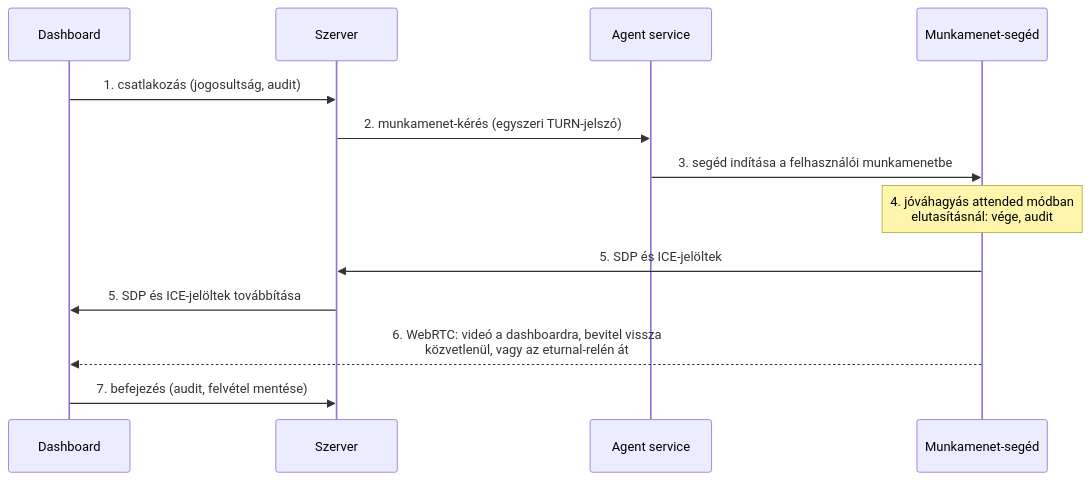
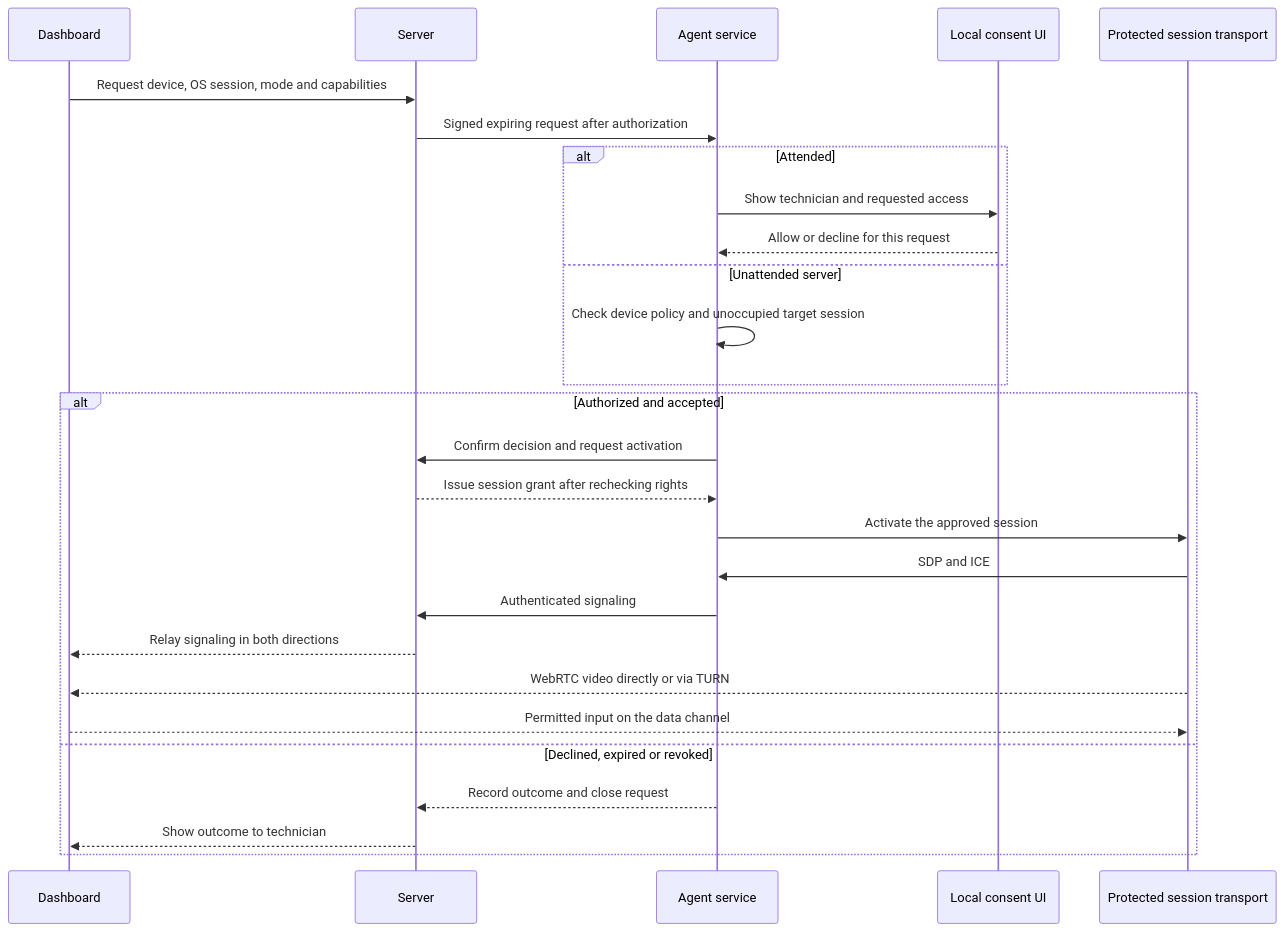
One commit to Shran21/Midas changed the second of 3 diagrams in docs/rendszerterv.md. Above: the diagram before and after it, drawn with Mermaid. The commit also changed other lines of this file and 37 other files, not shown here.

````diff
--- a/docs/rendszerterv.md
+++ b/docs/rendszerterv.md
@@ -272,15 +261,29 @@
 ```mermaid
 sequenceDiagram
   participant D as Dashboard
-  participant S as Szerver
+  participant S as Server
   participant A as Agent service
-  participant H as Munkamenet-segéd
-  D->>S: 1. csatlakozás (jogosultság, audit)
-  S->>A: 2. munkamenet-kérés (egyszeri TURN-jelszó)
-  A->>H: 3. segéd indítása a felhasználói munkamenetbe
-  Note over H: 4. jóváhagyás attended módban<br/>elutasításnál: vége, audit
-  H->>S: 5. SDP és ICE-jelöltek
-  S->>D: 5. SDP és ICE-jelöltek továbbítása
-  H-->>D: 6. WebRTC: videó a dashboardra, bevitel vissza<br/>közvetlenül, vagy az eturnal-relén át
-  D->>S: 7. befejezés (audit, felvétel mentése)
+  participant U as Local consent UI
+  participant H as Protected session transport
+  D->>S: Request device, OS session, mode and capabilities
+  S->>A: Signed expiring request after authorization
+  alt Attended
+    A->>U: Show technician and requested access
+    U-->>A: Allow or decline for this request
+  else Unattended server
+    A->>A: Check device policy and unoccupied target session
+  end
+  alt Authorized and accepted
+    A->>S: Confirm decision and request activation
+    S-->>A: Issue session grant after rechecking rights
+    A->>H: Activate the approved session
+    H->>A: SDP and ICE
+    A->>S: Authenticated signaling
+    S-->>D: Relay signaling in both directions
+    H-->>D: WebRTC video directly or via TURN
+    D-->>H: Permitted input on the data channel
+  else Declined, expired or revoked
+    A-->>S: Record outcome and close request
+    S-->>D: Show outcome to technician
+  end
 ```
````
